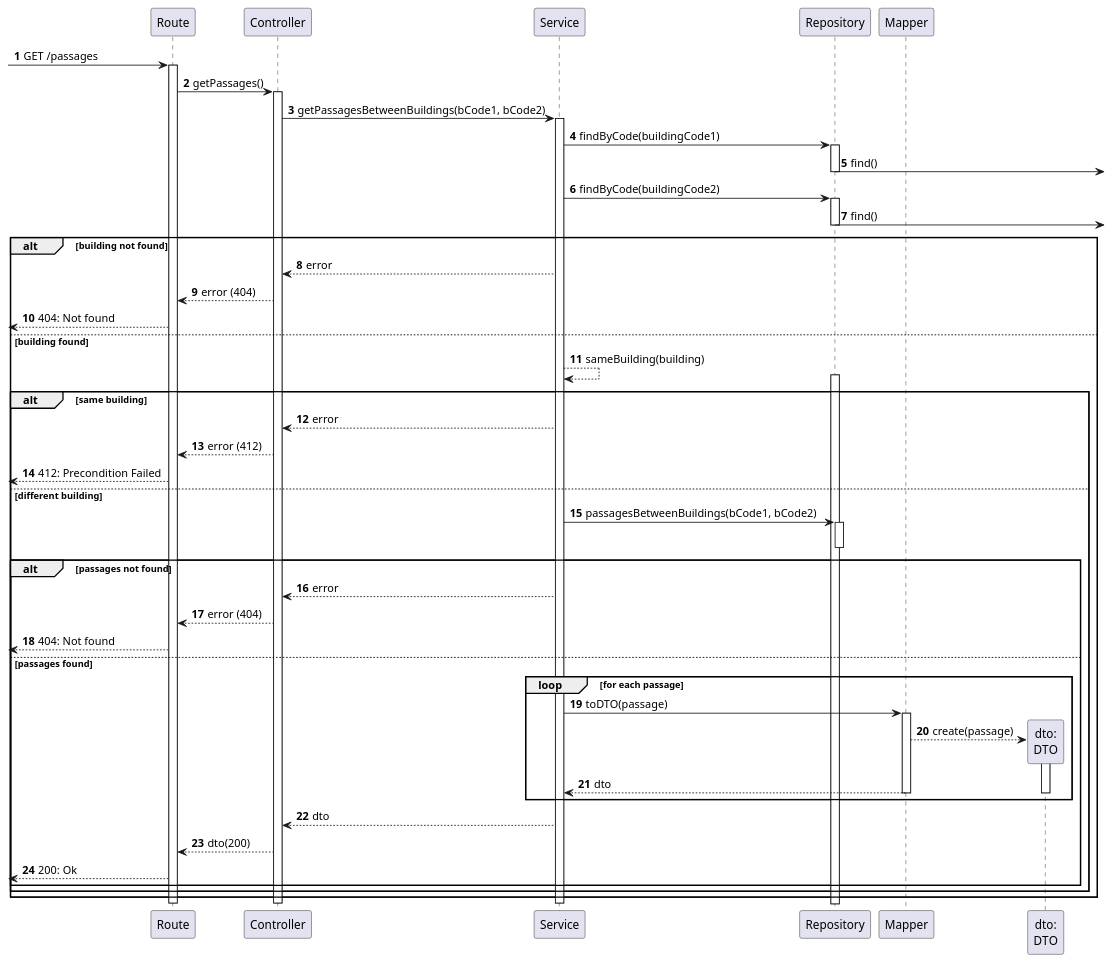
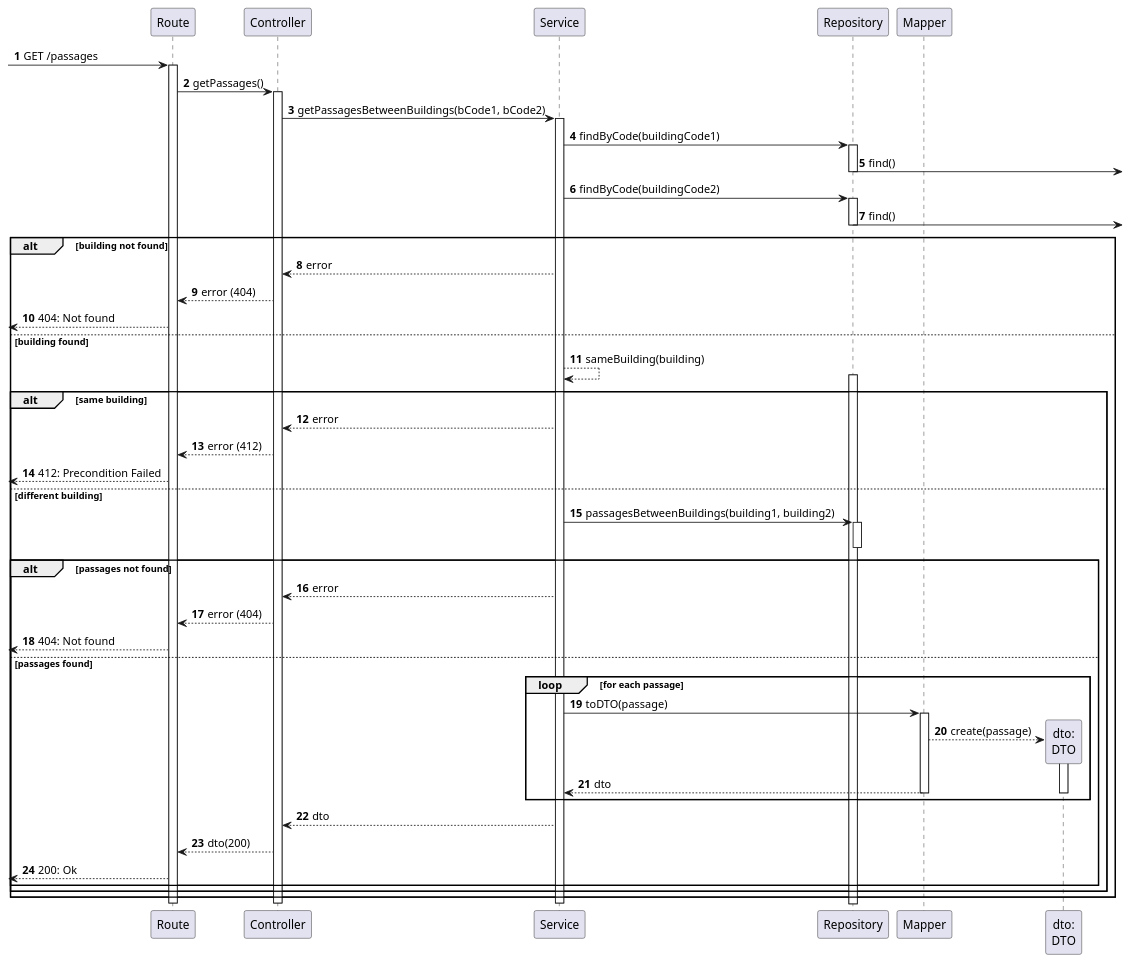
Before and after one commit to Departamento-de-Engenharia-Informatica/lapr5-23-24-g19: the diagram in docs/us260/level3/process-view-between2buildings.puml, drawn with PlantUML. The commit also changed 5 other files, not shown here.

```diff
--- a/docs/us260/level3/process-view-between2buildings.puml
+++ b/docs/us260/level3/process-view-between2buildings.puml
@@ -1,75 +1,75 @@
 @startuml
 autonumber
 
 participant "Route" as r
 participant "Controller" as ctrl
 participant "Service" as svc
 participant "Repository" as repo
 
 participant "Mapper" as map
 participant "dto:\nDTO" as dto
 
 
 [-> r : GET /passages
 activate r
 
     r -> ctrl : getPassages()
     activate ctrl
 
         ctrl -> svc : getPassagesBetweenBuildings(bCode1, bCode2)
         activate svc
 
             svc -> repo : findByCode(buildingCode1)
             activate repo
                 repo ->] : find()
             deactivate repo
 
             svc -> repo : findByCode(buildingCode2)
             activate repo
                 repo ->] : find()
             deactivate repo
 
             alt building not found
                 svc --> ctrl : error
                 ctrl --> r : error (404)
                 [<-- r : 404: Not found
             else building found
                 svc --> svc : sameBuilding(building)
                 activate repo
                 deactivate repo
 
                 alt same building
                     svc --> ctrl : error
                     ctrl --> r : error (412)
                     [<-- r : 412: Precondition Failed
                 else different building
-                    svc -> repo : passagesBetweenBuildings(bCode1, bCode2)
+                    svc -> repo : passagesBetweenBuildings(building1, building2)
                     activate repo
                     deactivate repo
 
                     alt passages not found
                         svc --> ctrl : error
                         ctrl --> r : error (404)
                         [<-- r : 404: Not found
                     else passages found
                         loop for each passage
                              svc -> map : toDTO(passage)
                             activate map
                                 map --> dto** : create(passage)
                                 activate dto
                                     map --> svc : dto
                                 deactivate dto
                             deactivate map
                         end loop
 
                         svc --> ctrl : dto
                         ctrl --> r : dto(200)
                         [<-- r : 200: Ok
                     end
                 end
             end
         deactivate svc
     deactivate ctrl
 deactivate r
 
 @enduml
```
